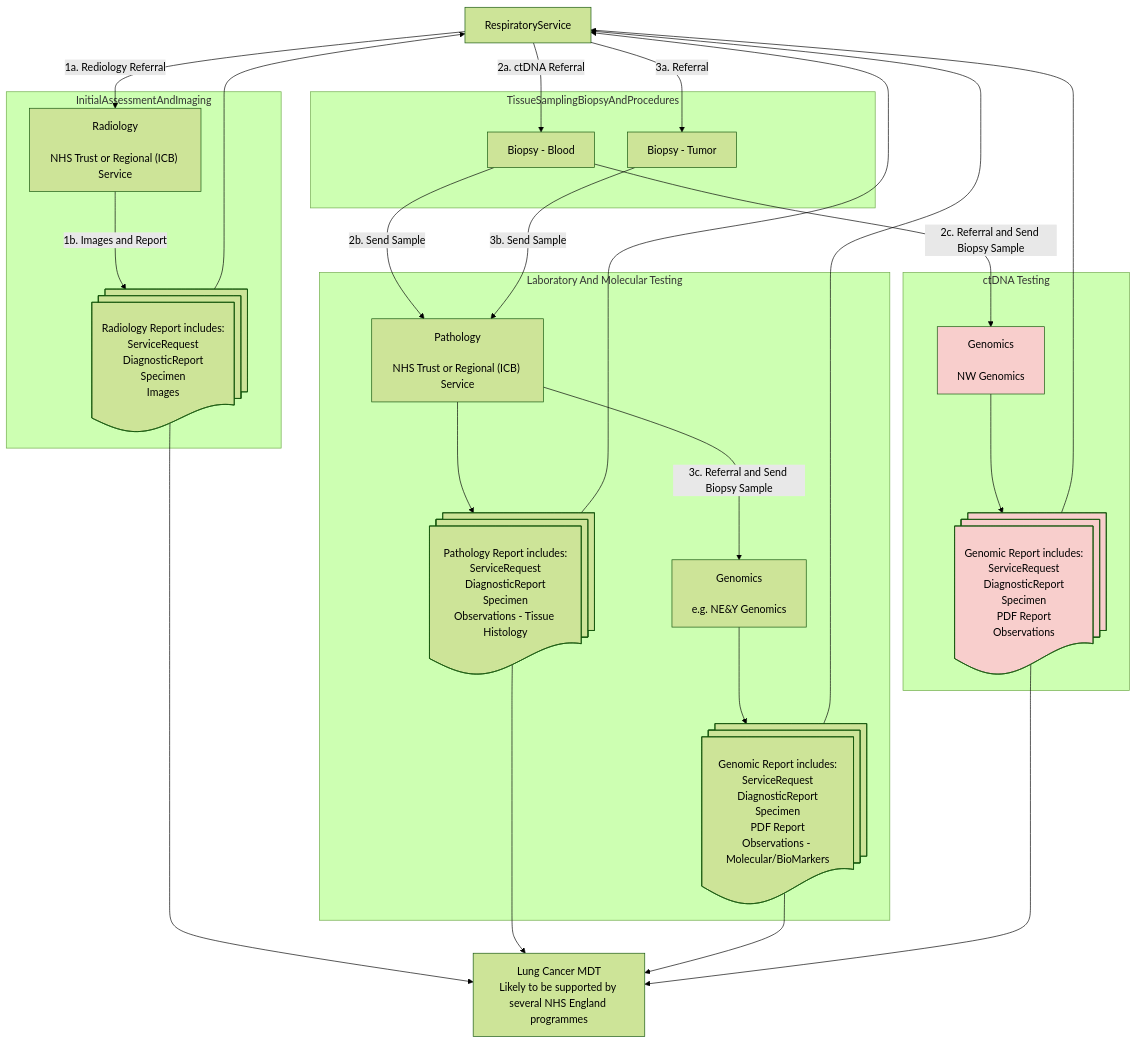
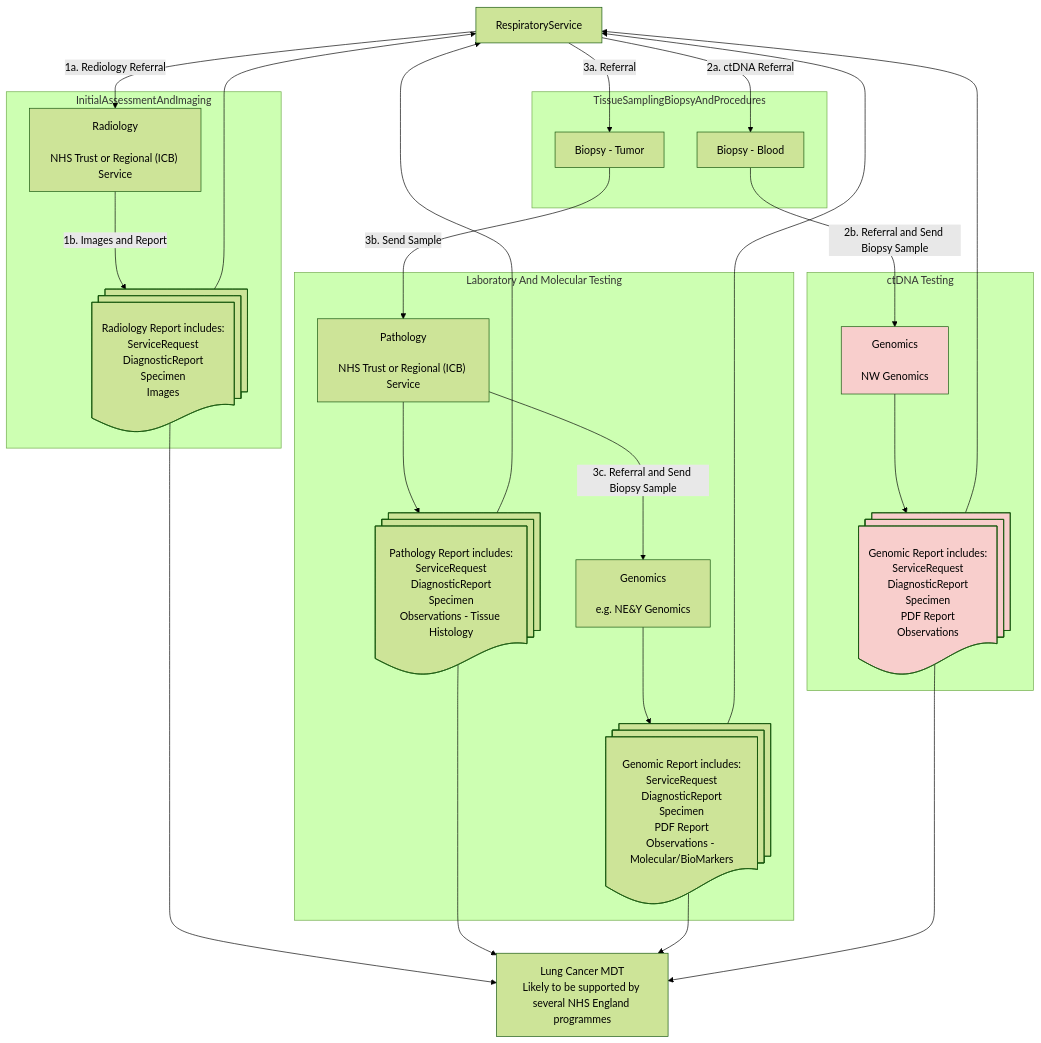
Before and after one commit to uk-gov-mirror/nw-gmsa.nw-gmsa.github.com: the diagram in Design/phase2-NEY-LungCancer-UseCase.mermaid, drawn with Mermaid (forest theme). The commit also changed 1 other file, not shown here.

```diff
--- a/Design/phase2-NEY-LungCancer-UseCase.mermaid
+++ b/Design/phase2-NEY-LungCancer-UseCase.mermaid
@@ -1,62 +1,62 @@
 graph
 
 RespiratoryService
 
 subgraph InitialAssessmentAndImaging;
     Radiology["Radiology<br/><br/>NHS Trust or Regional (ICB) Service"]
     RadiologyReport@{ shape: docs, label: "Radiology Report includes:<br/>ServiceRequest<br/>DiagnosticReport<br/>Specimen<br/>Images"}
 end
 
 RespiratoryService --> |1a. Rediology Referral| Radiology
 Radiology --> |1b. Images and Report| RadiologyReport
 RadiologyReport --> RespiratoryService
 
 subgraph TissueSamplingBiopsyAndProcedures;
     BiopsiesBL[Biopsy - Blood]
     Biopsies[Biopsy - Tumor]
 end
 
 RespiratoryService --> |2a. ctDNA Referral| BiopsiesBL
 RespiratoryService --> |3a. Referral| Biopsies
 
 
 subgraph ctDNA Testing;
     GenomicsNW[Genomics<br/><br/>NW Genomics]
     GenomicNWReport@{ shape: docs, label: "Genomic Report includes:<br/>ServiceRequest<br/>DiagnosticReport<br/>Specimen<br/>PDF Report<br/>Observations"}
 end
 
 subgraph Laboratory And Molecular Testing;
 
     Pathology["Pathology<br/><br/>NHS Trust or Regional (ICB) Service"]
     GenomicsM[Genomics<br/><br/>e.g. NE&Y Genomics]
     GenomicMReport@{ shape: docs, label: "Genomic Report includes:<br/>ServiceRequest<br/>DiagnosticReport<br/>Specimen<br/>PDF Report<br/>Observations - Molecular/BioMarkers"}
     PathologyReport@{ shape: docs, label: "Pathology Report includes:<br/>ServiceRequest<br/>DiagnosticReport<br/>Specimen<br/>Observations - Tissue Histology"}
 end
 
-BiopsiesBL --> |2b. Send Sample| Pathology
+
 Biopsies --> |3b. Send Sample| Pathology
 
-BiopsiesBL --> |2c. Referral and Send Biopsy Sample| GenomicsNW
+BiopsiesBL --> |2b. Referral and Send Biopsy Sample| GenomicsNW
 Pathology --> |3c. Referral and Send Biopsy Sample| GenomicsM
 
 
 GenomicsM --> GenomicMReport
 GenomicMReport --> RespiratoryService
 
 GenomicsNW --> GenomicNWReport
 GenomicNWReport --> RespiratoryService
 
 Pathology --> PathologyReport
 PathologyReport --> RespiratoryService
 
 LungCancerMDT[Lung Cancer MDT<br/>Likely to be supported by several NHS England programmes]
 
 RadiologyReport --> LungCancerMDT
 PathologyReport --> LungCancerMDT
 GenomicMReport --> LungCancerMDT
 GenomicNWReport --> LungCancerMDT
 
 classDef purple fill:#E1D5E7;
 classDef pink fill:#F8CECC;
 
 class GenomicsNW,GenomicNWReport pink
```
